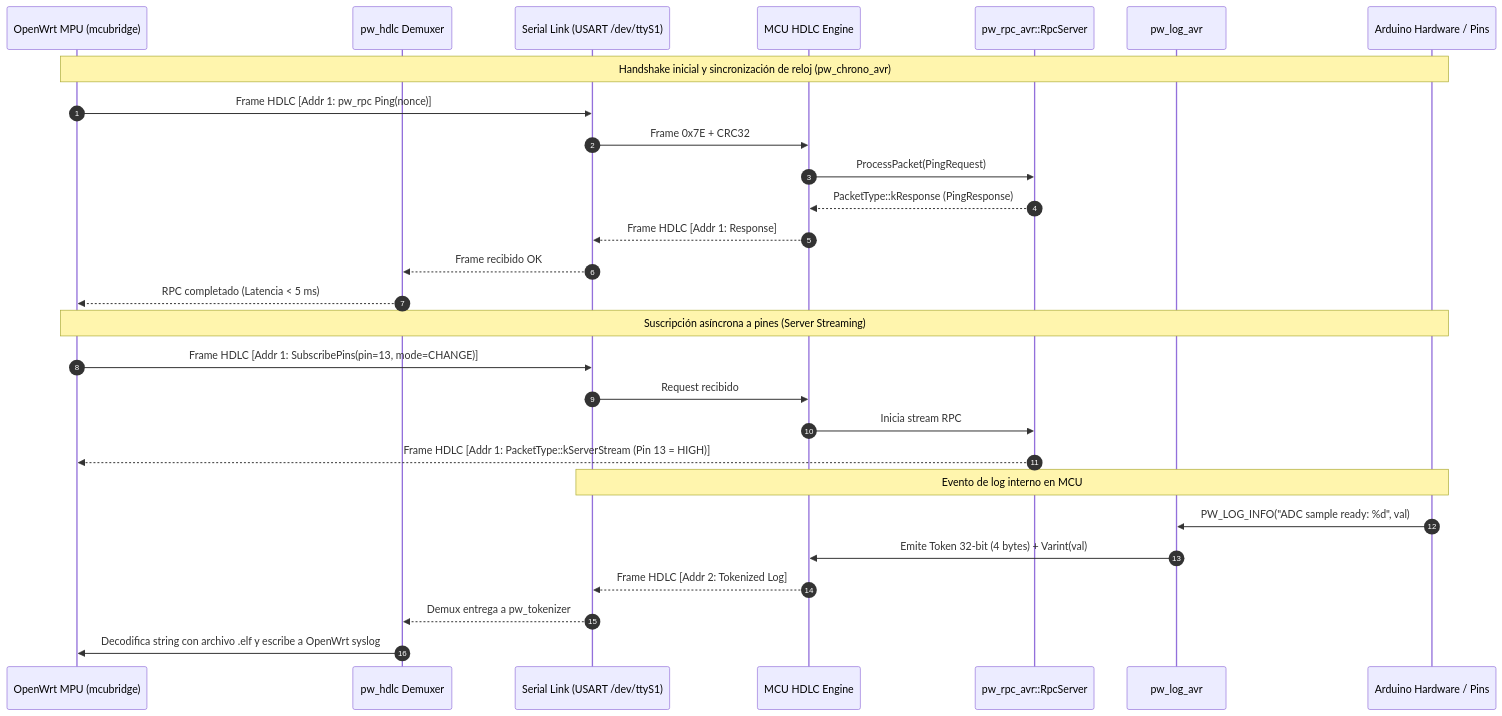
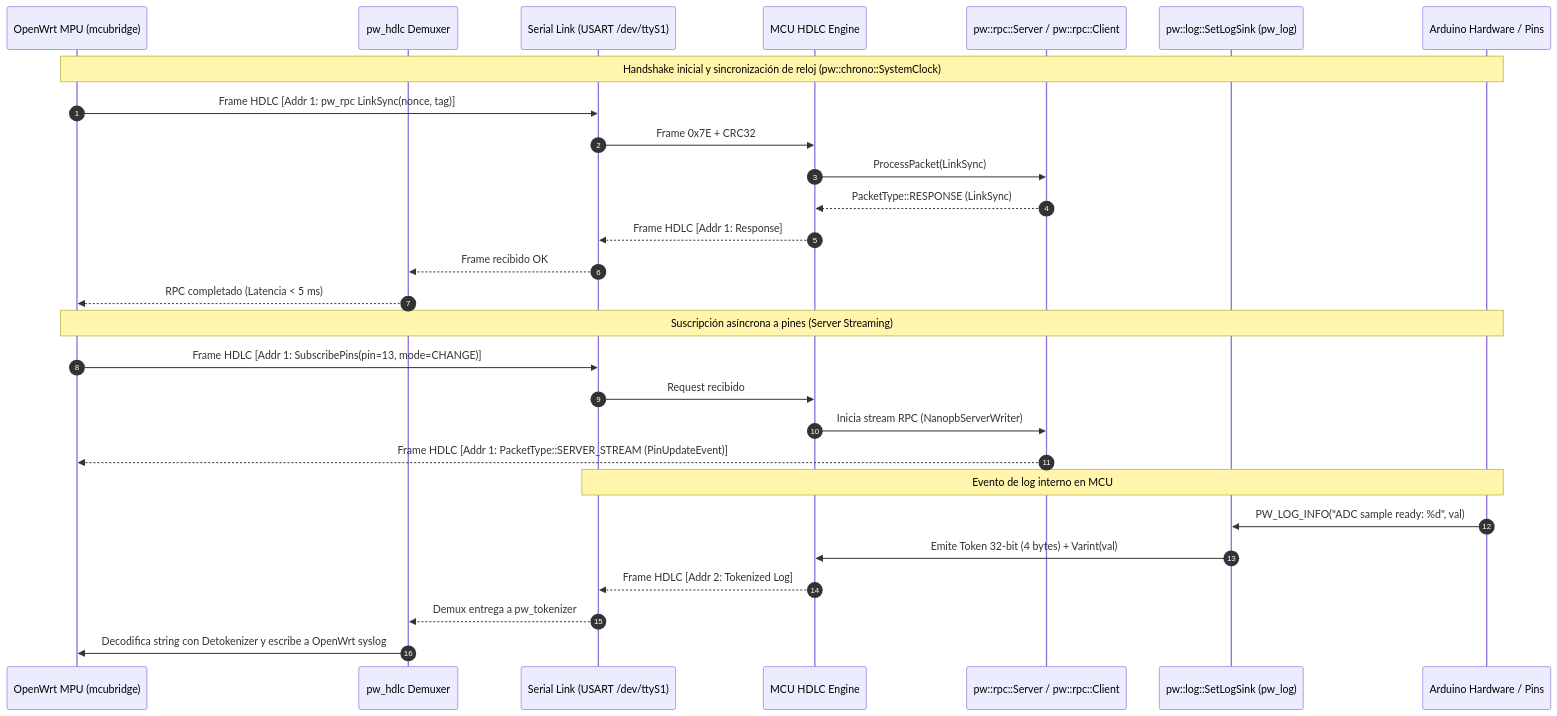
One commit to isantolin/arduino-yun-bridge2 changed the first of 2 diagrams in docs/architecture/pigweed_migration_plan.md. Above: the diagram before and after it, drawn with Mermaid. The commit also changed other lines of this file and 6 other files, not shown here.

Commit message:
docs(arch): update pigweed_migration_plan.md and replace ClientServer with pw::rpc::Server and pw::rpc::Client

````diff
--- a/docs/architecture/pigweed_migration_plan.md
+++ b/docs/architecture/pigweed_migration_plan.md
@@ -32,33 +32,33 @@
 ```mermaid
 sequenceDiagram
     autonumber
     participant Host as OpenWrt MPU (mcubridge)
     participant Demux as pw_hdlc Demuxer
     participant Wire as Serial Link (USART /dev/ttyS1)
     participant Mux as MCU HDLC Engine
-    participant RPC as pw_rpc_avr::RpcServer
-    participant Log as pw_log_avr
+    participant RPC as pw::rpc::Server / pw::rpc::Client
+    participant Log as pw::log::SetLogSink (pw_log)
     participant App as Arduino Hardware / Pins
 
-    Note over Host,App: Handshake inicial y sincronización de reloj (pw_chrono_avr)
-    Host->>Wire: Frame HDLC [Addr 1: pw_rpc Ping(nonce)]
+    Note over Host,App: Handshake inicial y sincronización de reloj (pw::chrono::SystemClock)
+    Host->>Wire: Frame HDLC [Addr 1: pw_rpc LinkSync(nonce, tag)]
     Wire->>Mux: Frame 0x7E + CRC32
-    Mux->>RPC: ProcessPacket(PingRequest)
-    RPC-->>Mux: PacketType::kResponse (PingResponse)
+    Mux->>RPC: ProcessPacket(LinkSync)
+    RPC-->>Mux: PacketType::RESPONSE (LinkSync)
     Mux-->>Wire: Frame HDLC [Addr 1: Response]
     Wire-->>Demux: Frame recibido OK
     Demux-->>Host: RPC completado (Latencia < 5 ms)
 
     Note over Host,App: Suscripción asíncrona a pines (Server Streaming)
     Host->>Wire: Frame HDLC [Addr 1: SubscribePins(pin=13, mode=CHANGE)]
     Wire->>Mux: Request recibido
-    Mux->>RPC: Inicia stream RPC
-    RPC-->>Host: Frame HDLC [Addr 1: PacketType::kServerStream (Pin 13 = HIGH)]
+    Mux->>RPC: Inicia stream RPC (NanopbServerWriter)
+    RPC-->>Host: Frame HDLC [Addr 1: PacketType::SERVER_STREAM (PinUpdateEvent)]
     
     Note over App,Wire: Evento de log interno en MCU
     App->>Log: PW_LOG_INFO("ADC sample ready: %d", val)
     Log->>Mux: Emite Token 32-bit (4 bytes) + Varint(val)
     Mux-->>Wire: Frame HDLC [Addr 2: Tokenized Log]
     Wire-->>Demux: Demux entrega a pw_tokenizer
-    Demux->>Host: Decodifica string con archivo .elf y escribe a OpenWrt syslog
+    Demux->>Host: Decodifica string con Detokenizer y escribe a OpenWrt syslog
 ```
````
